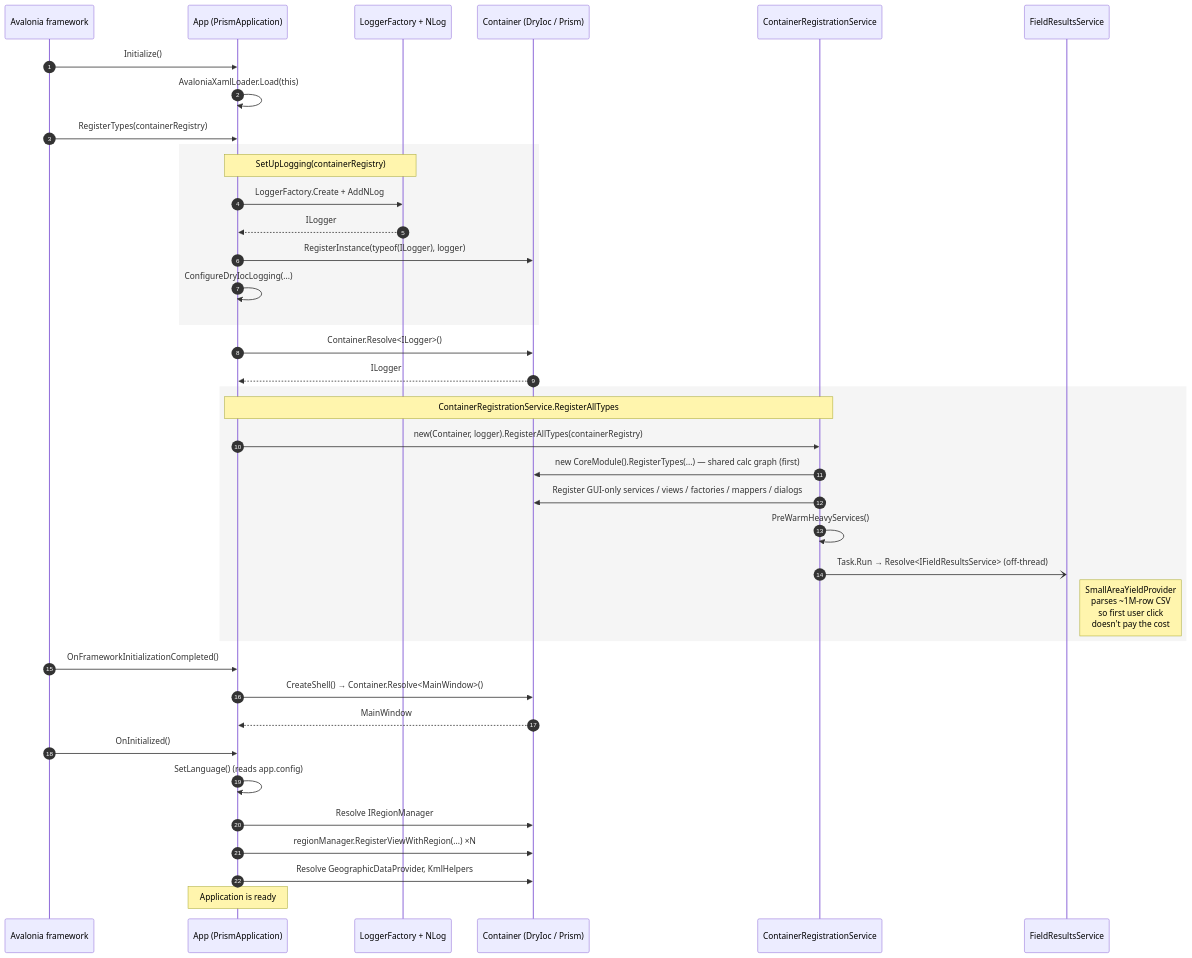
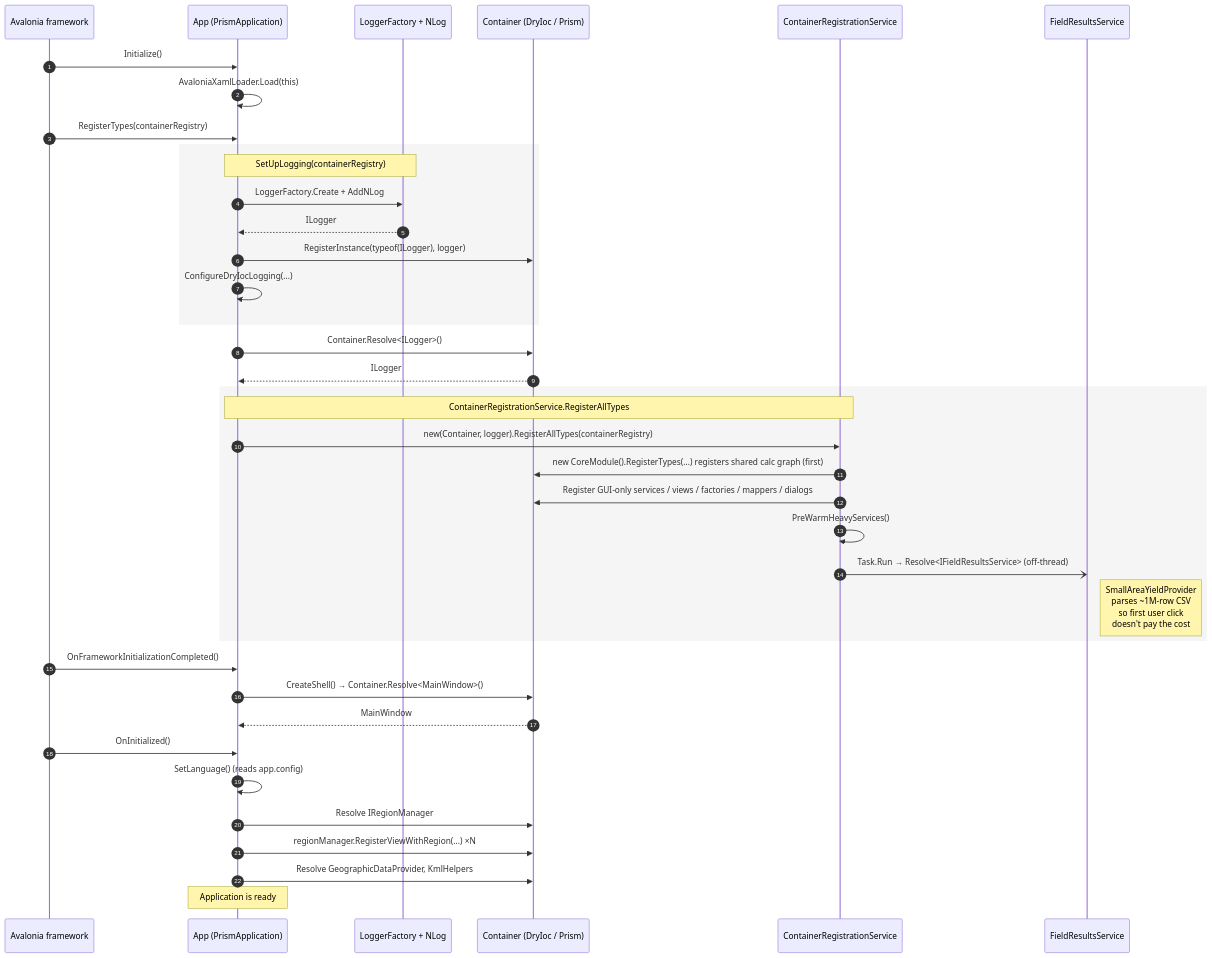
One commit to holos-aafc/Holos-5 changed the second of 3 diagrams in ARCHITECTURE.md. Above: the diagram before and after it, drawn with Mermaid. The commit also changed 1 other file, not shown here.

Commit message:
Make Mermaid diagrams render in Visual Studio's preview
Visual Studio's built-in Markdown preview uses a stricter Mermaid engine
than GitHub and showed an "Unsupported markdown" placeholder for diagram
labels containing em dashes, and would render HTML entities literally.
Replace em dashes with hyphens/colons inside node, subgraph and sequence
labels, and the &lt;&gt; entities with plain parentheses, so the diagrams
render in both Visual Studio and the GitHub viewer. Prose and headings
are untouched.

````diff
--- a/ARCHITECTURE.md
+++ b/ARCHITECTURE.md
@@ -91,46 +91,46 @@
 ```mermaid
 sequenceDiagram
     autonumber
     participant Av as Avalonia framework
     participant App as App (PrismApplication)
     participant Log as LoggerFactory + NLog
     participant DI as Container (DryIoc / Prism)
     participant CRS as ContainerRegistrationService
     participant FRS as FieldResultsService
 
     Av->>App: Initialize()
     App->>App: AvaloniaXamlLoader.Load(this)
     Av->>App: RegisterTypes(containerRegistry)
 
     rect rgb(245,245,245)
     Note over App,Log: SetUpLogging(containerRegistry)
     App->>Log: LoggerFactory.Create + AddNLog
     Log-->>App: ILogger
     App->>DI: RegisterInstance(typeof(ILogger), logger)
     App->>App: ConfigureDryIocLogging(...)
     end
 
     App->>DI: Container.Resolve<ILogger>()
     DI-->>App: ILogger
 
     rect rgb(245,245,245)
     Note over App,CRS: ContainerRegistrationService.RegisterAllTypes
     App->>CRS: new(Container, logger).RegisterAllTypes(containerRegistry)
-    CRS->>DI: new CoreModule().RegisterTypes(...) — shared calc graph (first)
+    CRS->>DI: new CoreModule().RegisterTypes(...) registers shared calc graph (first)
     CRS->>DI: Register GUI-only services / views / factories / mappers / dialogs
     CRS->>CRS: PreWarmHeavyServices()
     CRS-)FRS: Task.Run → Resolve<IFieldResultsService> (off-thread)
     Note right of FRS: SmallAreaYieldProvider<br/>parses ~1M-row CSV<br/>so first user click<br/>doesn't pay the cost
     end
 
     Av->>App: OnFrameworkInitializationCompleted()
     App->>DI: CreateShell() → Container.Resolve<MainWindow>()
     DI-->>App: MainWindow
 
     Av->>App: OnInitialized()
     App->>App: SetLanguage() (reads app.config)
     App->>DI: Resolve IRegionManager
     App->>DI: regionManager.RegisterViewWithRegion(...) ×N
     App->>DI: Resolve GeographicDataProvider, KmlHelpers
     Note over App: Application is ready
 ```
````
